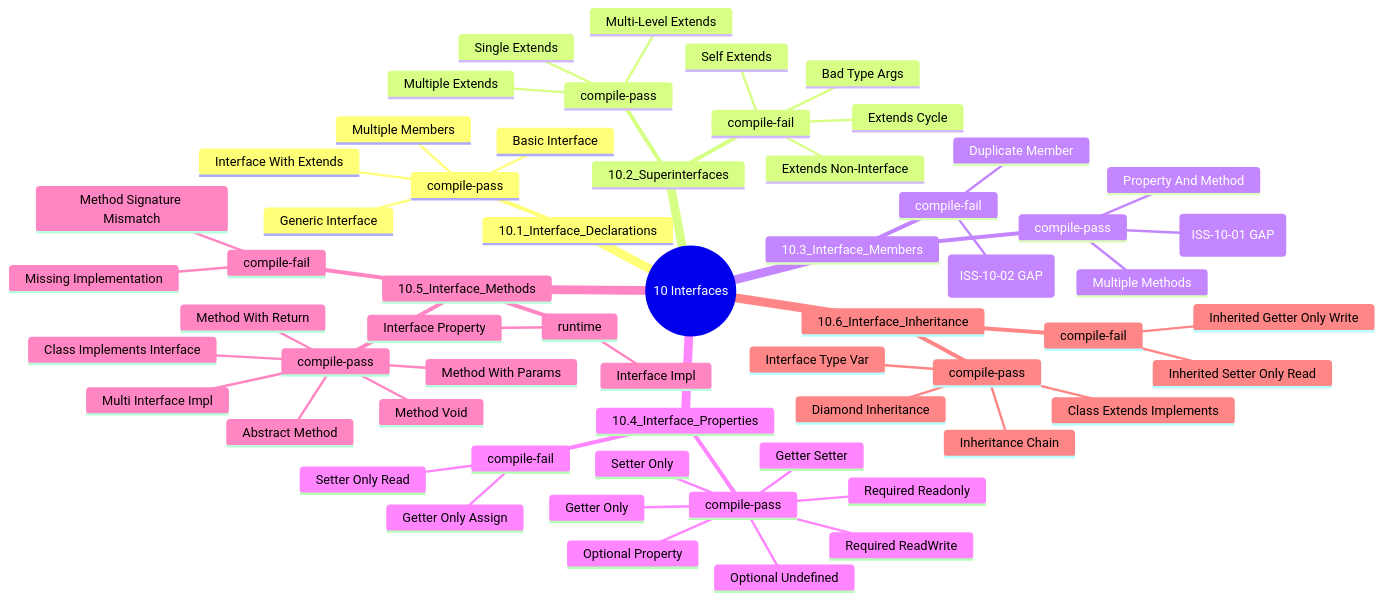
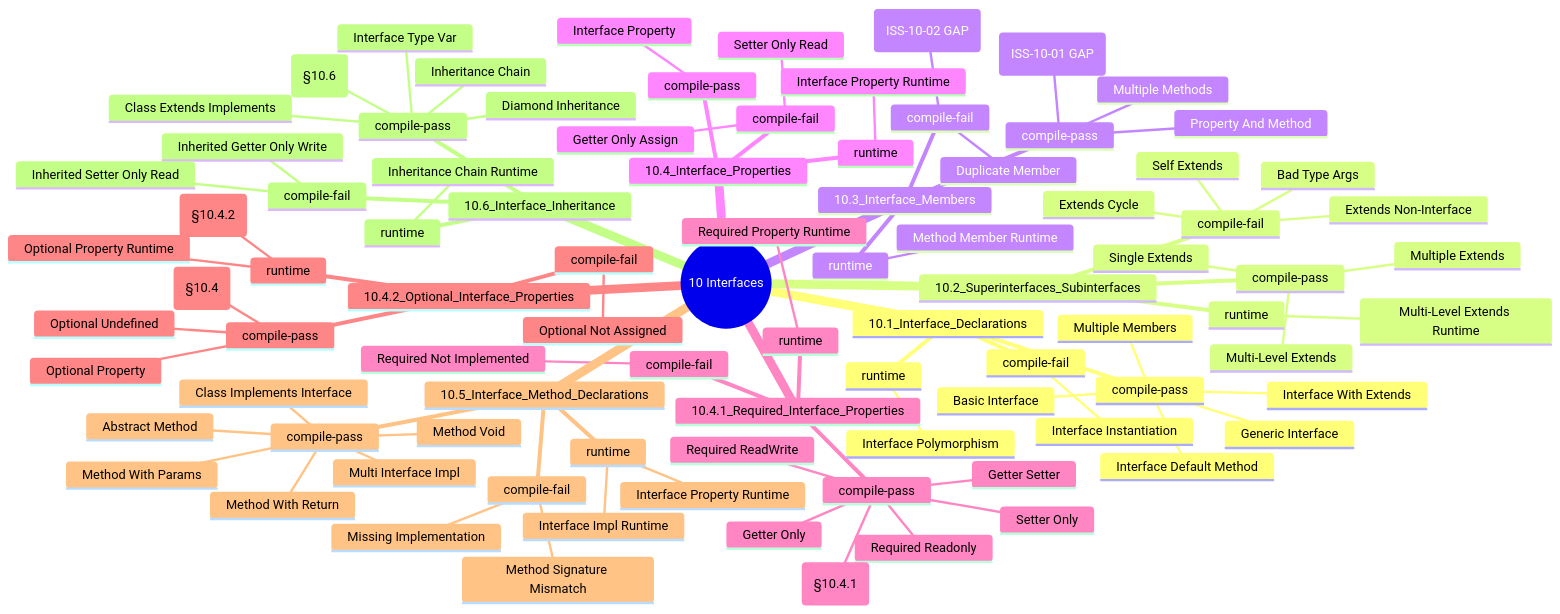
One commit to XHL0320/arkts-static-spec changed the diagram in 10_Interfaces/test_design_mindmap.md. Above: the diagram before and after it, drawn with Mermaid. The commit also changed other lines of this file and 28 other files, not shown here.

````diff
--- a/10_Interfaces/test_design_mindmap.md
+++ b/10_Interfaces/test_design_mindmap.md
@@ -9,7 +9,12 @@
         Generic Interface
         Interface With Extends
         Multiple Members
-    10.2_Superinterfaces
+        Interface Default Method
+      compile-fail
+        Interface Instantiation
+      runtime
+        Interface Polymorphism
+    10.2_Superinterfaces_Subinterfaces
       compile-pass
         Single Extends
         Multiple Extends
@@ -19,6 +24,8 @@
         Extends Cycle
         Self Extends
         Bad Type Args
+      runtime
+        Multi-Level Extends Runtime
     10.3_Interface_Members
       compile-pass
         Property And Method
@@ -27,19 +34,39 @@
       compile-fail
         Duplicate Member
         Object Method Clash Return (ISS-10-02 GAP)
+      runtime
+        Method Member Runtime
     10.4_Interface_Properties
+      compile-pass
+        Interface Property
+      compile-fail
+        Getter Only Assign
+        Setter Only Read
+      runtime
+        Interface Property Runtime
+    10.4.1_Required_Interface_Properties
       compile-pass
         Required Readonly
         Required ReadWrite
         Getter Setter
         Getter Only
         Setter Only
+        Field Accessor Equivalence (§10.4.1)
+      compile-fail
+        Required Not Implemented
+      runtime
+        Required Property Runtime
+    10.4.2_Optional_Interface_Properties
+      compile-pass
         Optional Property
         Optional Undefined
+        Optional Property Equivalence (§10.4)
       compile-fail
-        Getter Only Assign
-        Setter Only Read
-    10.5_Interface_Methods
+        Optional Not Assigned
+      runtime
+        Optional Property Runtime
+        Optional Property Default Setter (§10.4.2)
+    10.5_Interface_Method_Declarations
       compile-pass
         Abstract Method
         Method With Params
@@ -51,15 +78,18 @@
         Missing Implementation
         Method Signature Mismatch
       runtime
-        Interface Impl
-        Interface Property
+        Interface Impl Runtime
+        Interface Property Runtime
     10.6_Interface_Inheritance
       compile-pass
         Inheritance Chain
         Diamond Inheritance
         Interface Type Var
         Class Extends Implements
+        Property Inheritance (§10.6)
       compile-fail
         Inherited Getter Only Write
         Inherited Setter Only Read
+      runtime
+        Inheritance Chain Runtime
 ```
````
